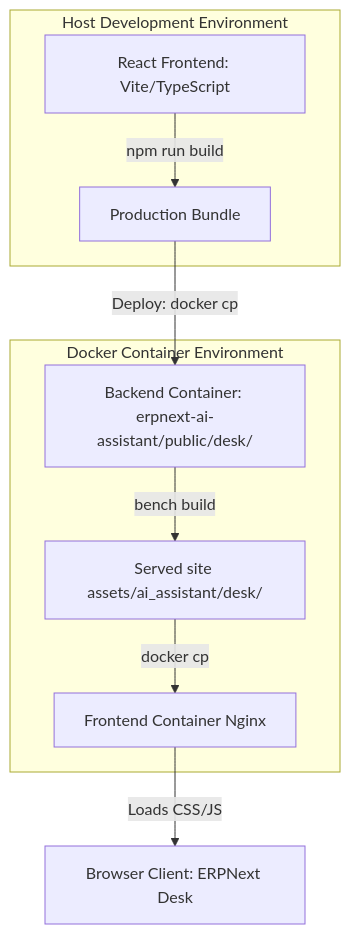
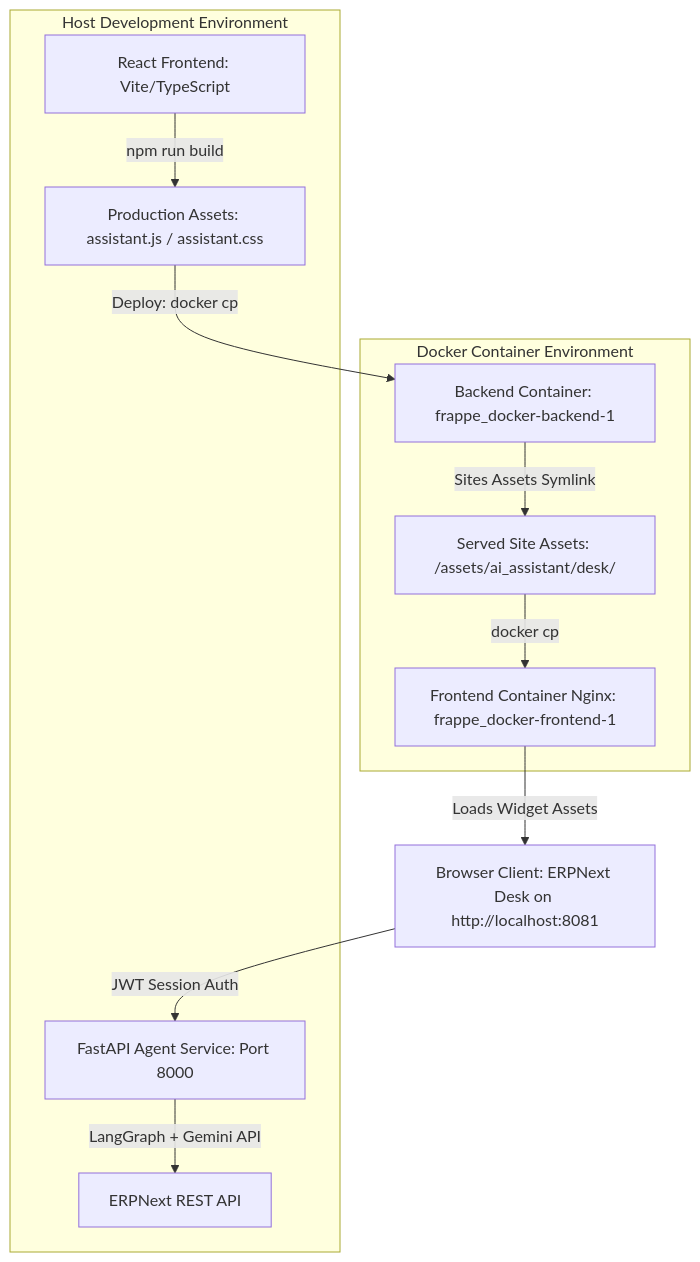
The diagram in README.md (Picture-Sque/erpnext-ai-assistant), drawn with Mermaid before and after one commit. The commit also changed other lines of this file, not shown here.

````diff
--- a/README.md
+++ b/README.md
@@ -13,14 +11,16 @@
 ```mermaid
 graph TD
     subgraph Host Development Environment
-        A[React Frontend: Vite/TypeScript] -->|npm run build| B[Production Bundle]
+        A[React Frontend: Vite/TypeScript] -->|npm run build| B[Production Assets: assistant.js / assistant.css]
+        G[FastAPI Agent Service: Port 8000] -->|LangGraph + Gemini API| H[ERPNext REST API]
     end
 
     subgraph Docker Container Environment
-        B -->|Deploy: docker cp| C[Backend Container: erpnext-ai-assistant/public/desk/]
-        C -->|bench build| D[Served site assets/ai_assistant/desk/]
-        D -->|docker cp| E[Frontend Container Nginx]
+        B -->|Deploy: docker cp| C[Backend Container: frappe_docker-backend-1]
+        C -->|Sites Assets Symlink| D[Served Site Assets: /assets/ai_assistant/desk/]
+        D -->|docker cp| E[Frontend Container Nginx: frappe_docker-frontend-1]
     end
 
-    E -->|Loads CSS/JS| F[Browser Client: ERPNext Desk]
+    E -->|Loads Widget Assets| F[Browser Client: ERPNext Desk on http://localhost:8081]
+    F -->|JWT Session Auth| G
 ```
````
